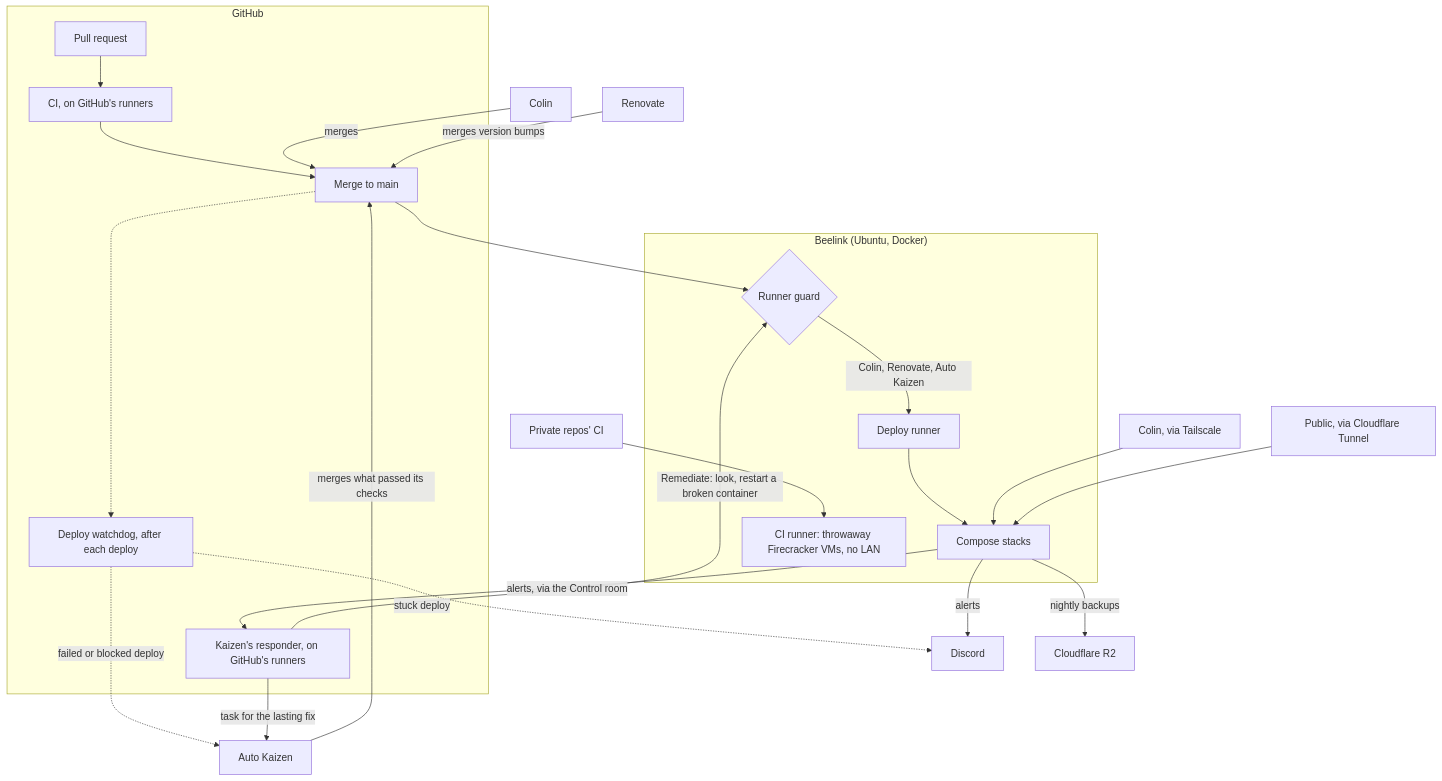
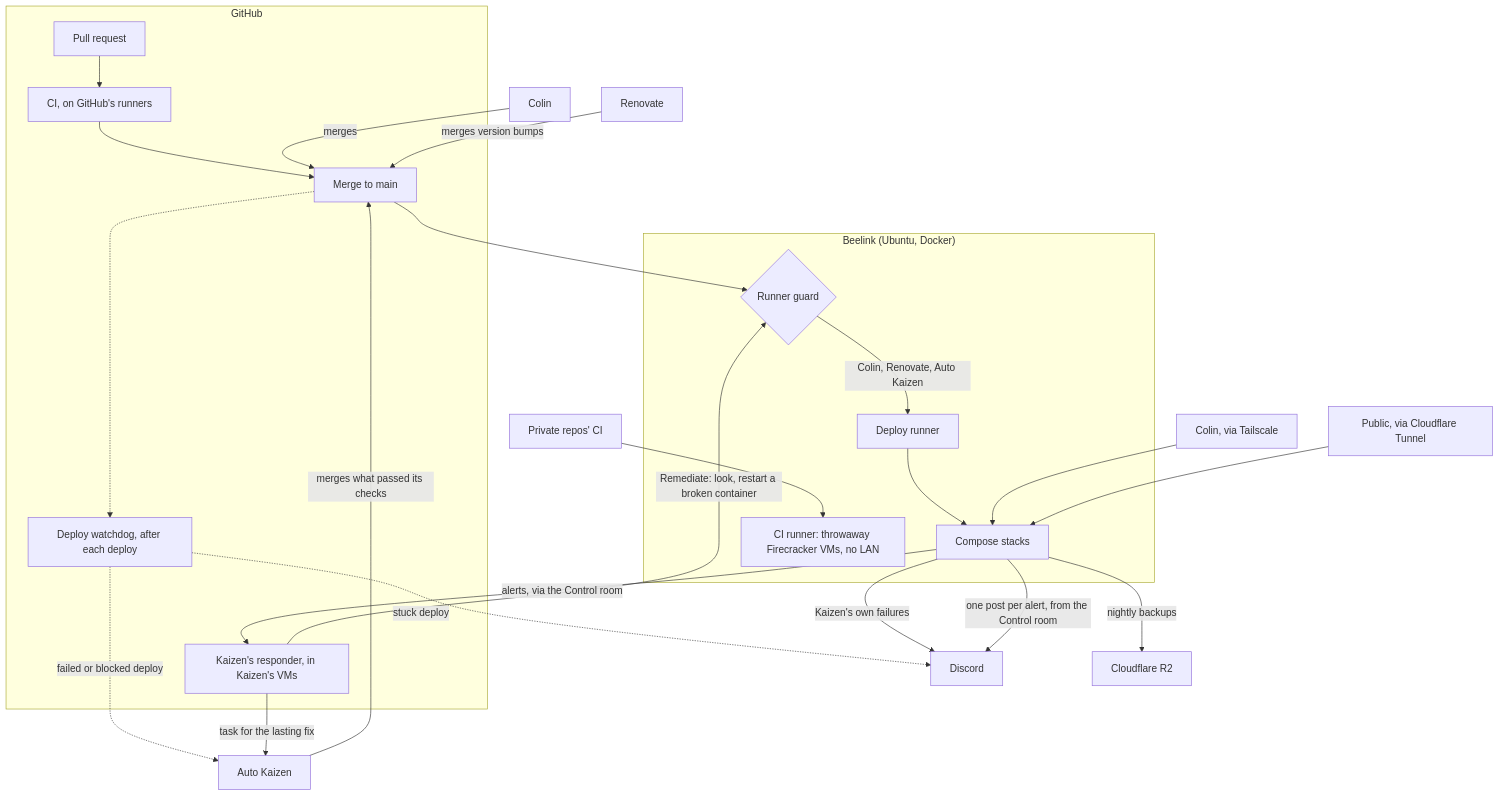
Before and after one commit to ColinCee/homelab: the diagram in docs/architecture.md, drawn with Mermaid. The commit also changed other lines of this file and 5 other files, not shown here.

First line of the commit message:
Alerts go to Kaizen's #alerts forum; Kaizen's own failures straight to Discord (#771)

````diff
--- a/docs/architecture.md
+++ b/docs/architecture.md
@@ -5,30 +5,31 @@
 ```mermaid
 flowchart TB
   subgraph GitHub
     pr[Pull request] --> ci[CI, on GitHub's runners]
     ci --> main[Merge to main]
     watchdog[Deploy watchdog, after each deploy]
-    responder[Kaizen's responder, on GitHub's runners]
+    responder[Kaizen's responder, in Kaizen's VMs]
   end
   subgraph Beelink["Beelink (Ubuntu, Docker)"]
     guard{Runner guard}
     deploy[Deploy runner]
     stacks[Compose stacks]
     cirunner[CI runner: throwaway Firecracker VMs, no LAN]
   end
   colin[Colin] -->|merges| main
   renovate[Renovate] -->|merges version bumps| main
   kaizen[Auto Kaizen] -->|merges what passed its checks| main
   main --> guard -->|Colin, Renovate, Auto Kaizen| deploy --> stacks
   main -.-> watchdog
   watchdog -.->|failed or blocked deploy| kaizen
   watchdog -.->|stuck deploy| discord
   privaterepos[Private repos' CI] --> cirunner
   you[Colin, via Tailscale] --> stacks
   public[Public, via Cloudflare Tunnel] --> stacks
   stacks -->|nightly backups| r2[Cloudflare R2]
-  stacks -->|alerts| discord[Discord]
+  stacks -->|Kaizen's own failures| discord[Discord]
   stacks -->|alerts, via the Control room| responder
+  stacks -->|one post per alert, from the Control room| discord
   responder -->|Remediate: look, restart a broken container| guard
   responder -->|task for the lasting fix| kaizen
 ```
````
